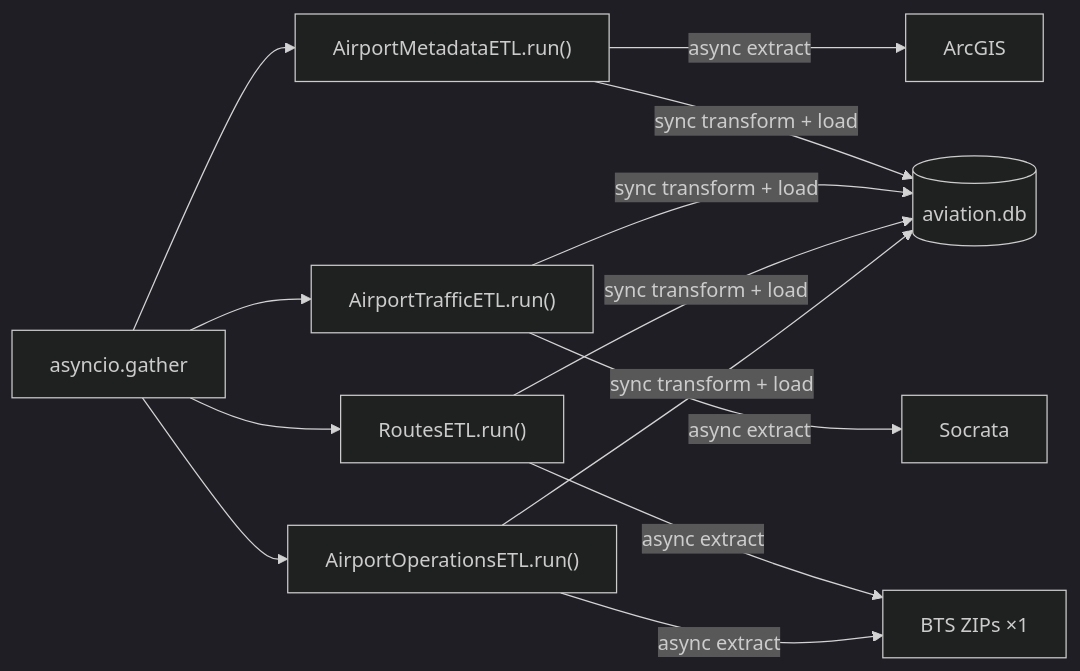
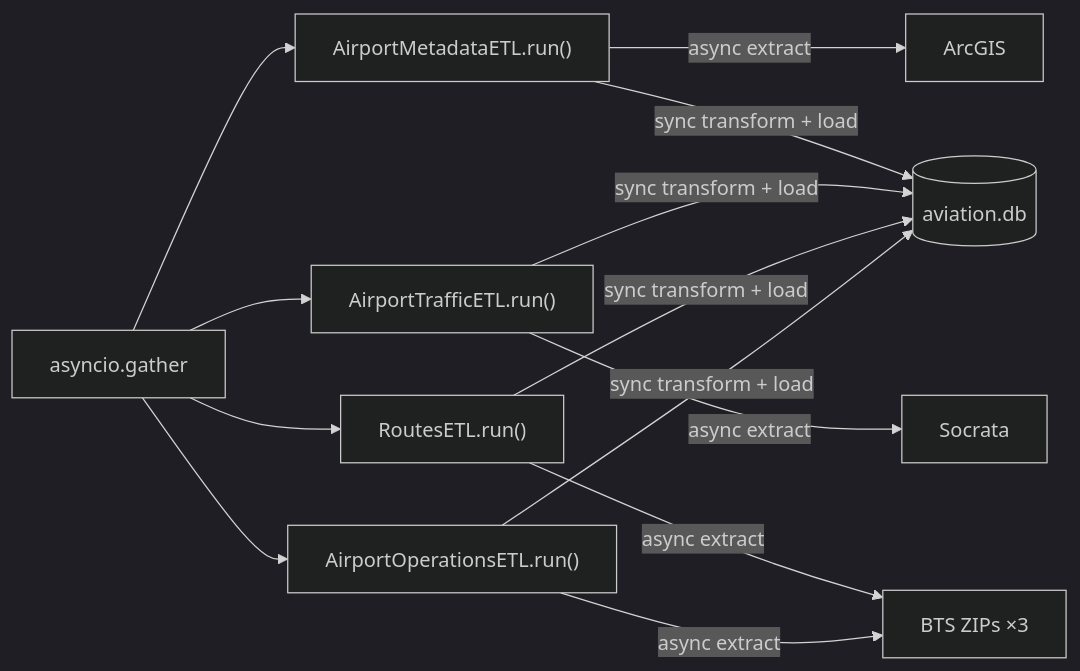
Before and after one commit to asafzenou/Airport-Investment-Intelligence-Agent: the third of 3 diagrams in DOCS/DATA_ARCHITECTURE.md, drawn with Mermaid (dark theme). The commit also changed other lines of this file and 2 other files, not shown here.

````diff
--- a/DOCS/DATA_ARCHITECTURE.md
+++ b/DOCS/DATA_ARCHITECTURE.md
@@ -434,17 +433,17 @@
 ```mermaid
 flowchart LR
     G["asyncio.gather"] --> M["AirportMetadataETL.run()"]
     G --> T["AirportTrafficETL.run()"]
     G --> R["RoutesETL.run()"]
     G --> O["AirportOperationsETL.run()"]
 
     M -->|async extract| S1["ArcGIS"]
     T -->|async extract| S2["Socrata"]
-    R -->|async extract| S4["BTS ZIPs ×1"]
+    R -->|async extract| S4["BTS ZIPs ×3"]
     O -->|async extract| S4
 
     M -->|sync transform + load| DB[("aviation.db")]
     T -->|sync transform + load| DB
     R -->|sync transform + load| DB
     O -->|sync transform + load| DB
 ```
````
